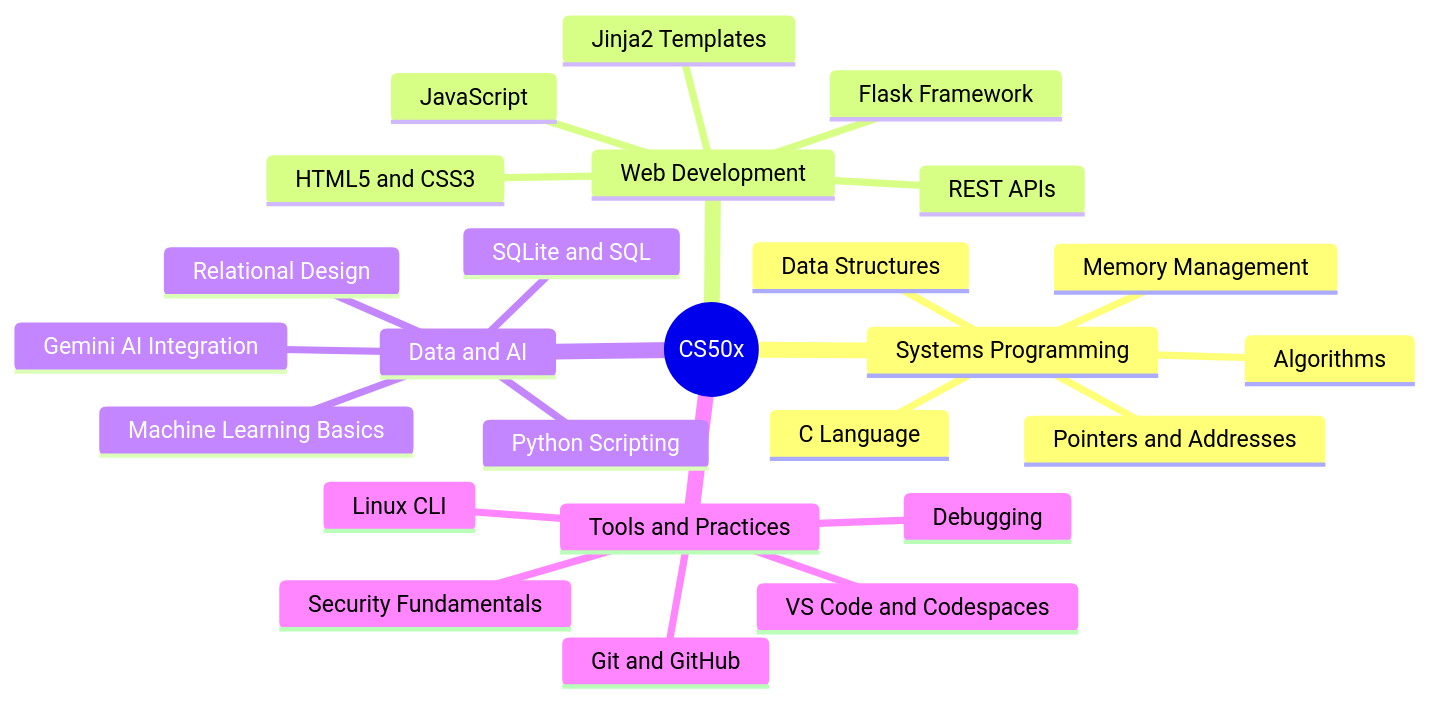
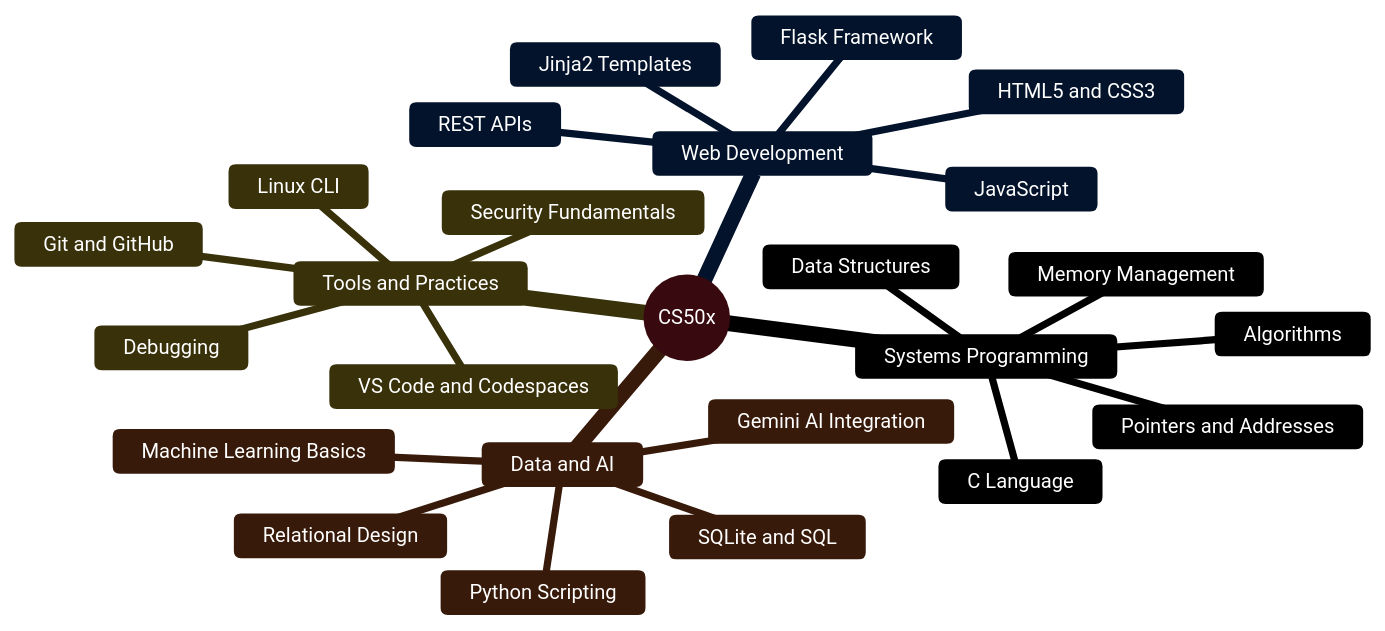
Before and after one commit to bavish007/cs50x: the second of 2 diagrams in README.md, drawn with Mermaid. The commit also changed other lines of this file, not shown here.

````diff
--- a/README.md
+++ b/README.md
@@ -193,28 +197,29 @@
 ```mermaid
+%%{init: {'theme': 'base', 'themeVariables': {'primaryColor': '#A51C30', 'primaryTextColor': '#ffffff', 'primaryBorderColor': '#8B0000', 'lineColor': '#C9D1D9', 'secondaryColor': '#1B4332', 'secondaryTextColor': '#ffffff', 'tertiaryColor': '#0D47A1', 'tertiaryTextColor': '#ffffff', 'fontSize': '14px'}}}%%
 mindmap
   root((CS50x))
     Systems Programming
       C Language
       Memory Management
       Pointers and Addresses
       Data Structures
       Algorithms
     Web Development
       HTML5 and CSS3
       JavaScript
       Flask Framework
       Jinja2 Templates
       REST APIs
     Data and AI
       SQLite and SQL
       Relational Design
       Python Scripting
       Gemini AI Integration
       Machine Learning Basics
     Tools and Practices
       Git and GitHub
       Linux CLI
       VS Code and Codespaces
       Debugging
       Security Fundamentals
 ```
````
